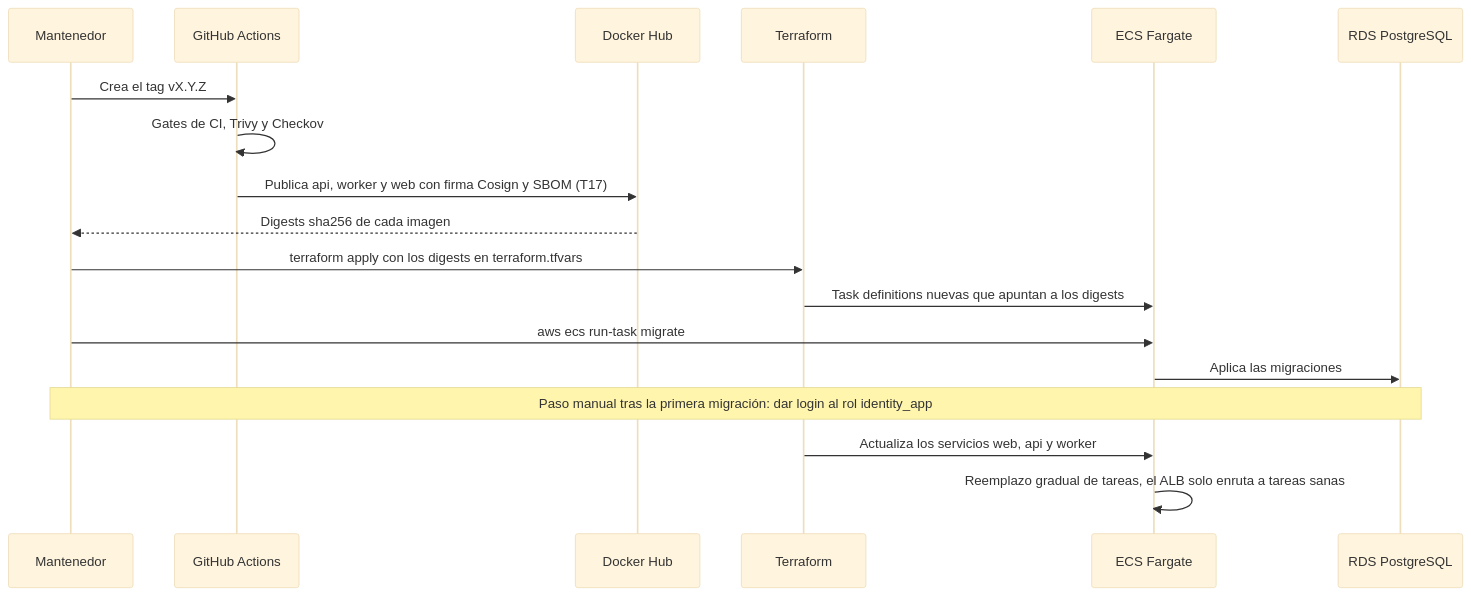
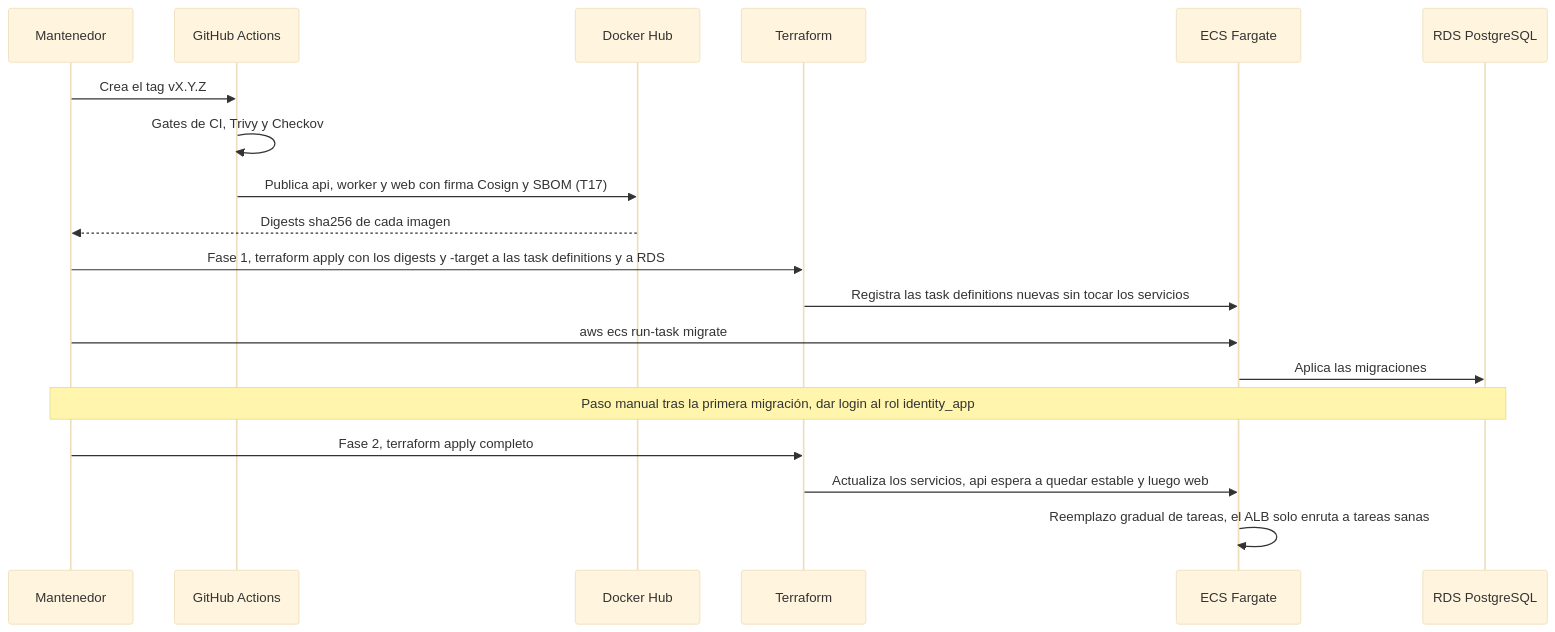
Before and after one commit to jorgepaez-ops/IdentityHub: the second of 2 diagrams in docs/diagramas/uml/despliegue-aws.md, drawn with Mermaid (base theme). The commit also changed other lines of this file and 11 other files, not shown here.

Commit message:
fix(iac): address the native review of the AWS reference architecture

````diff
--- a/docs/diagramas/uml/despliegue-aws.md
+++ b/docs/diagramas/uml/despliegue-aws.md
@@ -76,21 +77,22 @@
 ```mermaid
 sequenceDiagram
     participant Dev as Mantenedor
     participant GH as GitHub Actions
     participant DH as Docker Hub
     participant TF as Terraform
     participant ECS as ECS Fargate
     participant RDS as RDS PostgreSQL
 
     Dev->>GH: Crea el tag vX.Y.Z
     GH->>GH: Gates de CI, Trivy y Checkov
     GH->>DH: Publica api, worker y web con firma Cosign y SBOM (T17)
     DH-->>Dev: Digests sha256 de cada imagen
-    Dev->>TF: terraform apply con los digests en terraform.tfvars
-    TF->>ECS: Task definitions nuevas que apuntan a los digests
+    Dev->>TF: Fase 1, terraform apply con los digests y -target a las task definitions y a RDS
+    TF->>ECS: Registra las task definitions nuevas sin tocar los servicios
     Dev->>ECS: aws ecs run-task migrate
     ECS->>RDS: Aplica las migraciones
-    Note over Dev,RDS: Paso manual tras la primera migración: dar login al rol identity_app
-    TF->>ECS: Actualiza los servicios web, api y worker
+    Note over Dev,RDS: Paso manual tras la primera migración, dar login al rol identity_app
+    Dev->>TF: Fase 2, terraform apply completo
+    TF->>ECS: Actualiza los servicios, api espera a quedar estable y luego web
     ECS->>ECS: Reemplazo gradual de tareas, el ALB solo enruta a tareas sanas
 ```
````
